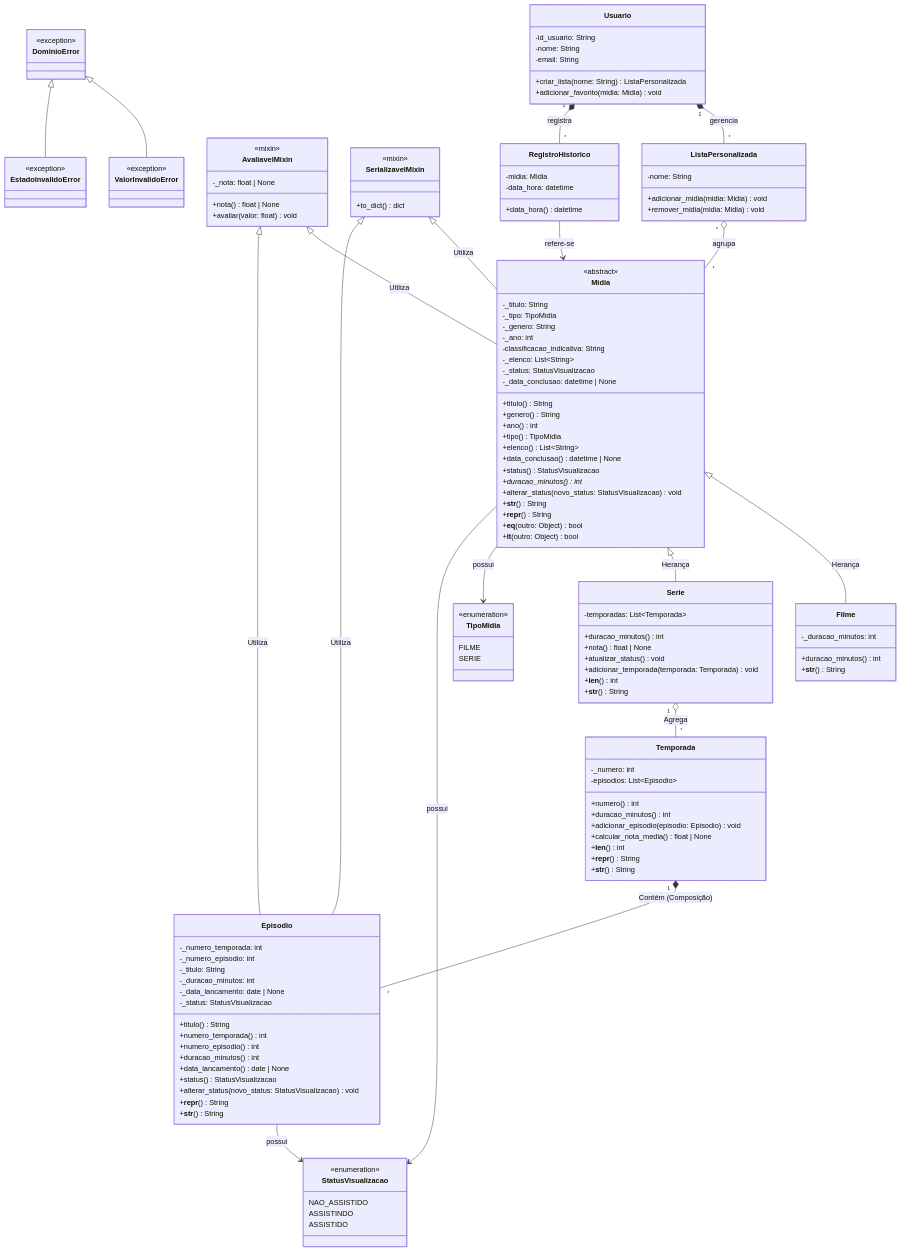
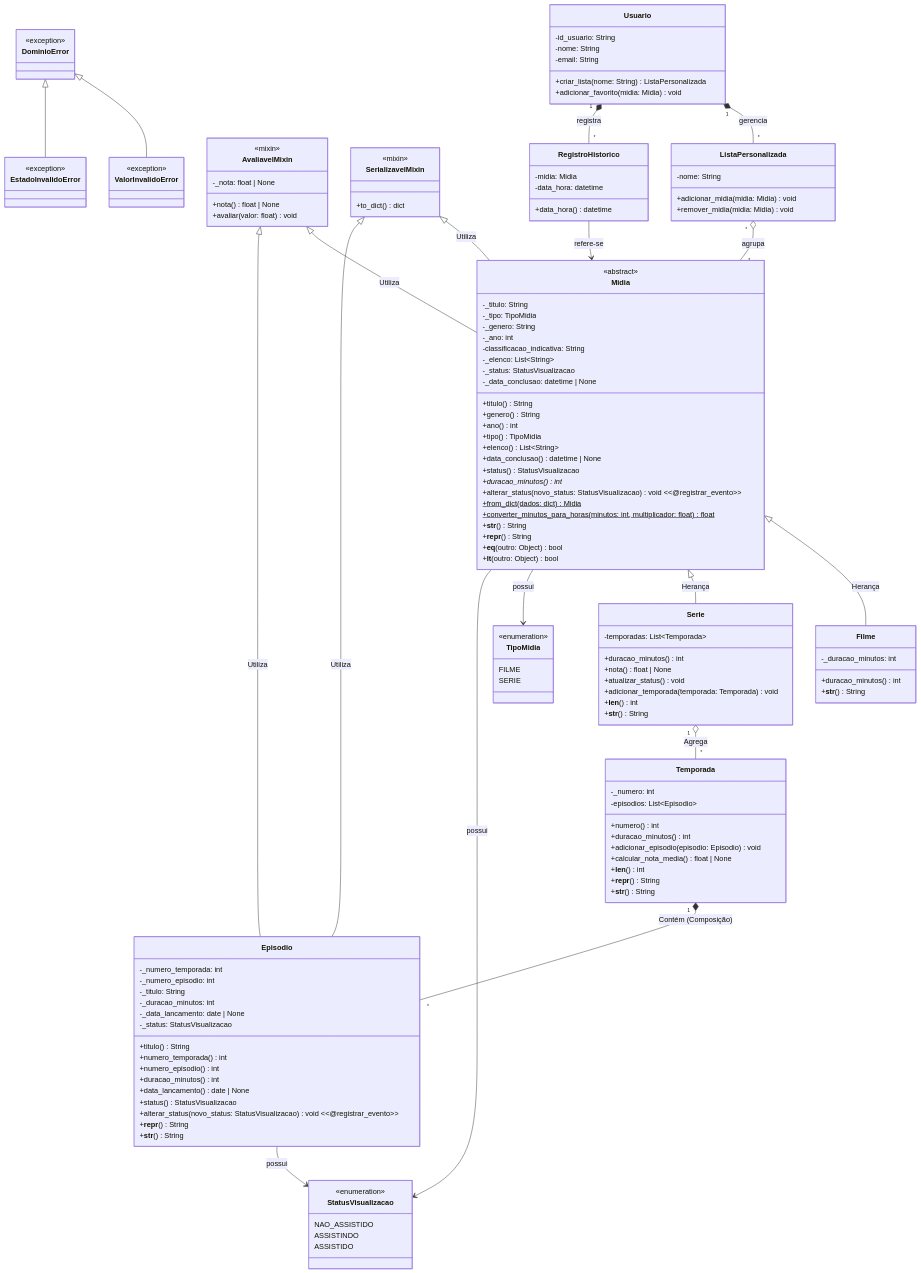
Before and after one commit to edson-santos0077/Exercicios-de-estudo-em-python: the diagram in README.md, drawn with Mermaid.

````diff
--- a/README.md
+++ b/README.md
@@ -128,7 +129,9 @@
         +data_conclusao() datetime | None
         +status() StatusVisualizacao
         +duracao_minutos()* int
-        +alterar_status(novo_status: StatusVisualizacao) void
+        +alterar_status(novo_status: StatusVisualizacao) void <<@registrar_evento>>
+        +from_dict(dados: dict)$ Midia
+        +converter_minutos_para_horas(minutos: int, multiplicador: float)$ float
         +__str__() String
         +__repr__() String
         +__eq__(outro: Object) bool
@@ -176,7 +179,7 @@
         +duracao_minutos() int
         +data_lancamento() date | None
         +status() StatusVisualizacao
-        +alterar_status(novo_status: StatusVisualizacao) void
+        +alterar_status(novo_status: StatusVisualizacao) void <<@registrar_evento>>
         +__repr__() String
         +__str__() String
     }
@@ -225,4 +228,5 @@
     Usuario "1" *-- "*" RegistroHistorico : registra
     ListaPersonalizada "*" o-- "*" Midia : agrupa
     RegistroHistorico --> Midia : refere-se
+
 ```
````
